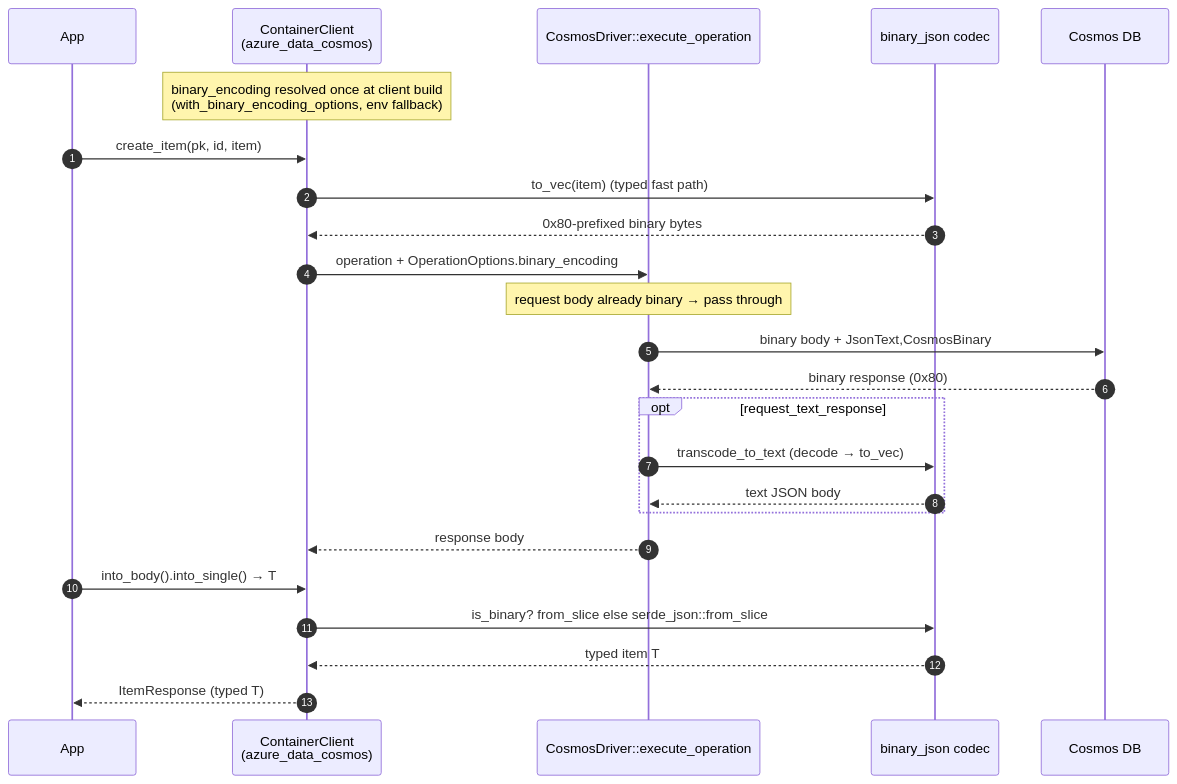
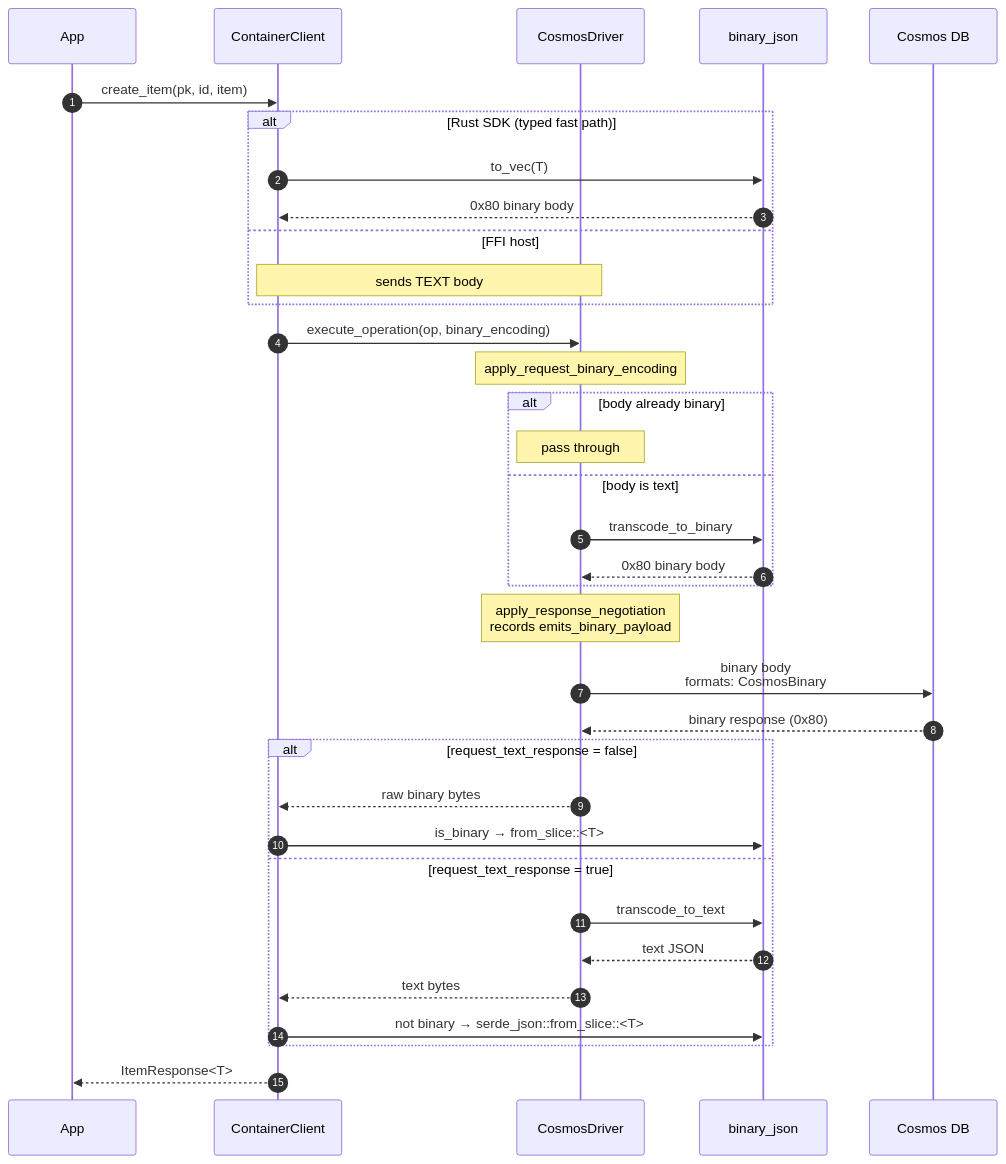
One commit to Azure/azure-sdk-for-rust changed the sixth of 7 diagrams in sdk/cosmos/azure_data_cosmos_driver/docs/BINARY_ENCODING_HLD.md. Above: the diagram before and after it, drawn with Mermaid. The commit also changed other lines of this file and 46 other files, not shown here.

First line of the commit message:
Cosmos: Adds Binary Encoding Support for Queries (#5040)

````diff
--- a/sdk/cosmos/azure_data_cosmos_driver/docs/BINARY_ENCODING_HLD.md
+++ b/sdk/cosmos/azure_data_cosmos_driver/docs/BINARY_ENCODING_HLD.md
@@ -225,28 +357,44 @@
 ```mermaid
 sequenceDiagram
     autonumber
     participant App
-    participant SDK as ContainerClient<br/>(azure_data_cosmos)
-    participant DRV as CosmosDriver::execute_operation
-    participant Cod as binary_json codec
+    participant SDK as ContainerClient
+    participant DRV as CosmosDriver
+    participant Cod as binary_json
     participant Svc as Cosmos DB
 
-    Note over SDK: binary_encoding resolved once at client build<br/>(with_binary_encoding_options, env fallback)
+    App->>SDK: create_item(pk, id, item)
 
-    App->>SDK: create_item(pk, id, item)
-    SDK->>Cod: to_vec(item)  (typed fast path)
-    Cod-->>SDK: 0x80-prefixed binary bytes
-    SDK->>DRV: operation + OperationOptions.binary_encoding
-    Note over DRV: request body already binary → pass through
-    DRV->>Svc: binary body + JsonText,CosmosBinary
+    alt Rust SDK (typed fast path)
+        SDK->>Cod: to_vec(T)
+        Cod-->>SDK: 0x80 binary body
+    else FFI host
+        Note over SDK,DRV: sends TEXT body
+    end
+
+    SDK->>DRV: execute_operation(op, binary_encoding)
+
+    Note over DRV: apply_request_binary_encoding
+    alt body already binary
+        Note over DRV: pass through
+    else body is text
+        DRV->>Cod: transcode_to_binary
+        Cod-->>DRV: 0x80 binary body
+    end
+
+    Note over DRV: apply_response_negotiation<br/>records emits_binary_payload
+    DRV->>Svc: binary body<br/>formats: CosmosBinary
     Svc-->>DRV: binary response (0x80)
-    opt request_text_response
-        DRV->>Cod: transcode_to_text (decode → to_vec)
-        Cod-->>DRV: text JSON body
+
+    alt request_text_response = false
+        DRV-->>SDK: raw binary bytes
+        SDK->>Cod: is_binary → from_slice::<T>
+    else request_text_response = true
+        DRV->>Cod: transcode_to_text
+        Cod-->>DRV: text JSON
+        DRV-->>SDK: text bytes
+        SDK->>Cod: not binary → serde_json::from_slice::<T>
     end
-    DRV-->>SDK: response body
-    App->>SDK: into_body().into_single() → T
-    SDK->>Cod: is_binary? from_slice else serde_json::from_slice
-    Cod-->>SDK: typed item T
-    SDK-->>App: ItemResponse (typed T)
+
+    SDK-->>App: ItemResponse<T>
 ```
````
